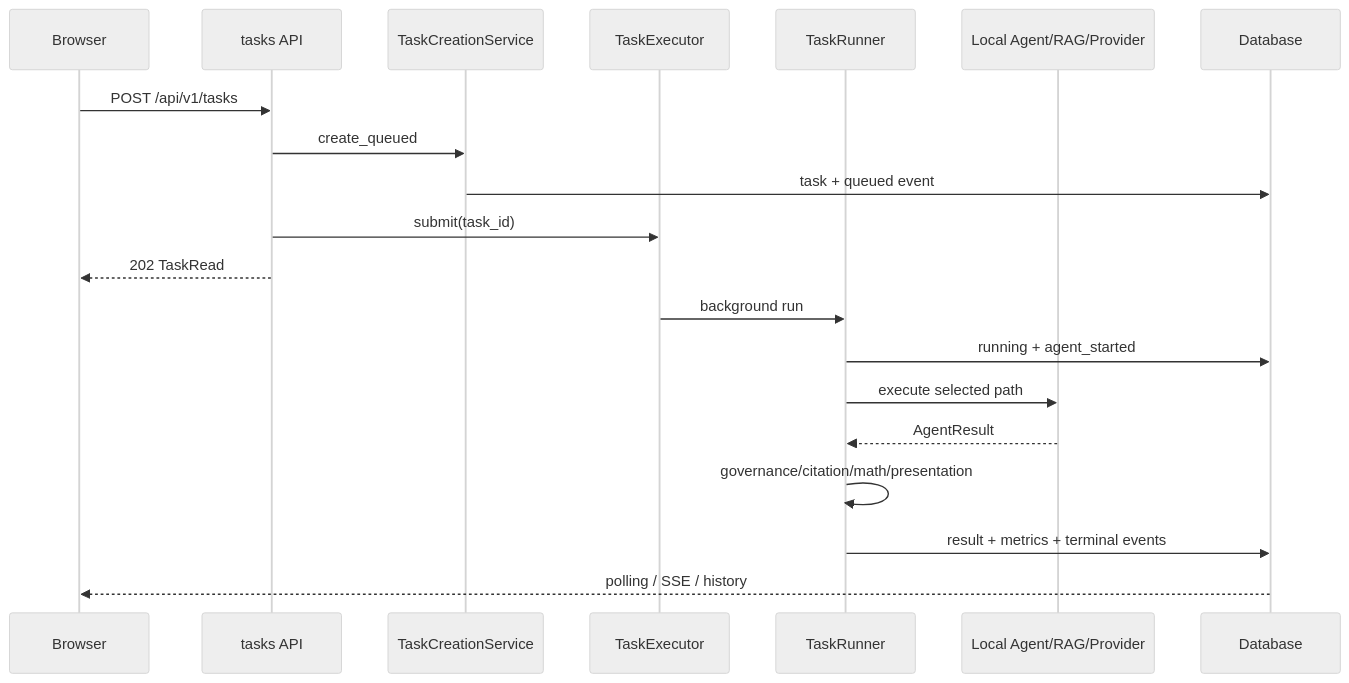
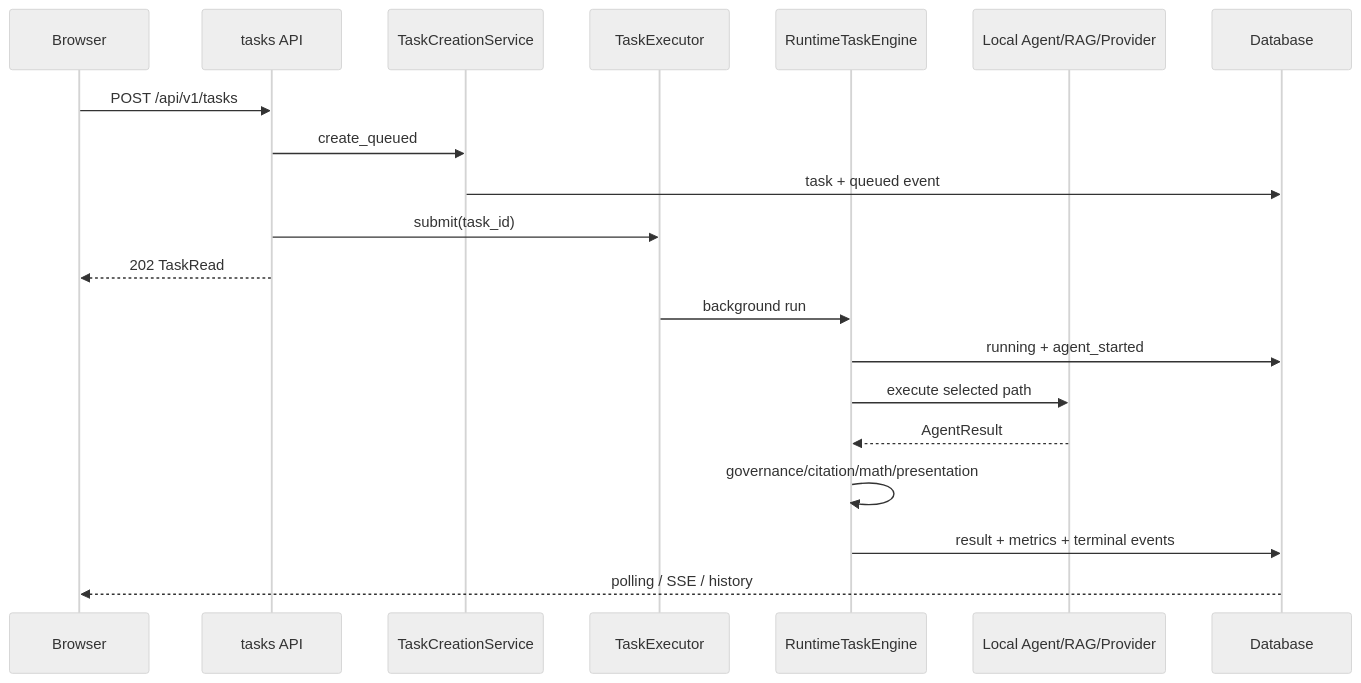
One commit to liaozhiyang-0/xinzhi-daoxue changed the second of 3 diagrams in docs/developer_code_navigation.md. Above: the diagram before and after it, drawn with Mermaid (neutral theme). The commit also changed other lines of this file and 296 other files, not shown here.

````diff
--- a/docs/developer_code_navigation.md
+++ b/docs/developer_code_navigation.md
@@ -208,22 +208,22 @@
 ```mermaid
 sequenceDiagram
     participant B as Browser
     participant A as tasks API
     participant C as TaskCreationService
     participant E as TaskExecutor
-    participant R as TaskRunner
+    participant R as RuntimeTaskEngine
     participant P as Local Agent/RAG/Provider
     participant D as Database
     B->>A: POST /api/v1/tasks
     A->>C: create_queued
     C->>D: task + queued event
     A->>E: submit(task_id)
     A-->>B: 202 TaskRead
     E->>R: background run
     R->>D: running + agent_started
     R->>P: execute selected path
     P-->>R: AgentResult
     R->>R: governance/citation/math/presentation
     R->>D: result + metrics + terminal events
     D-->>B: polling / SSE / history
 ```
````
